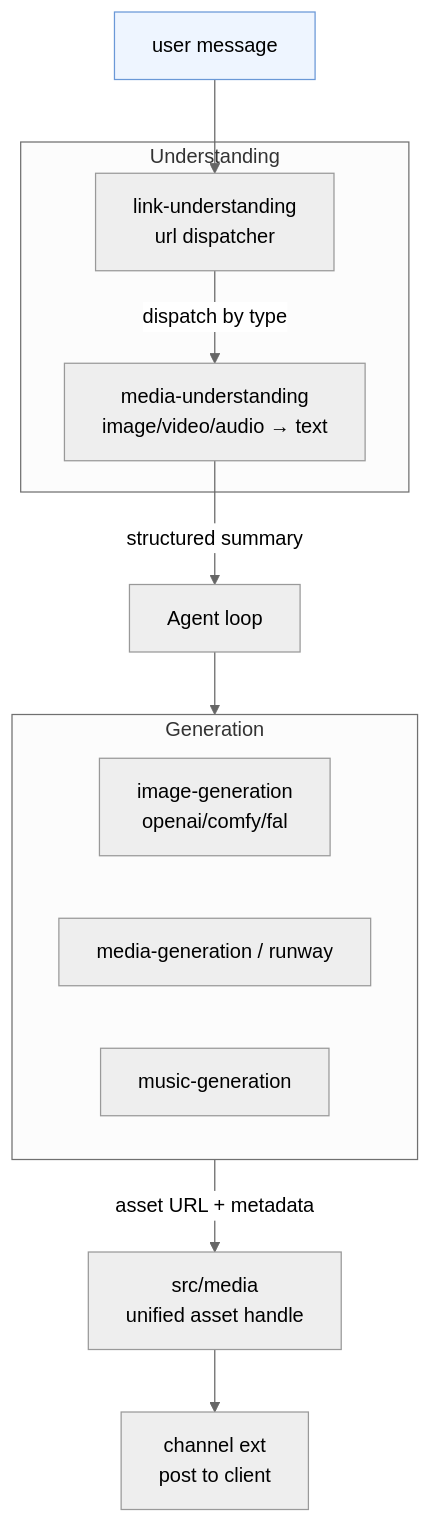
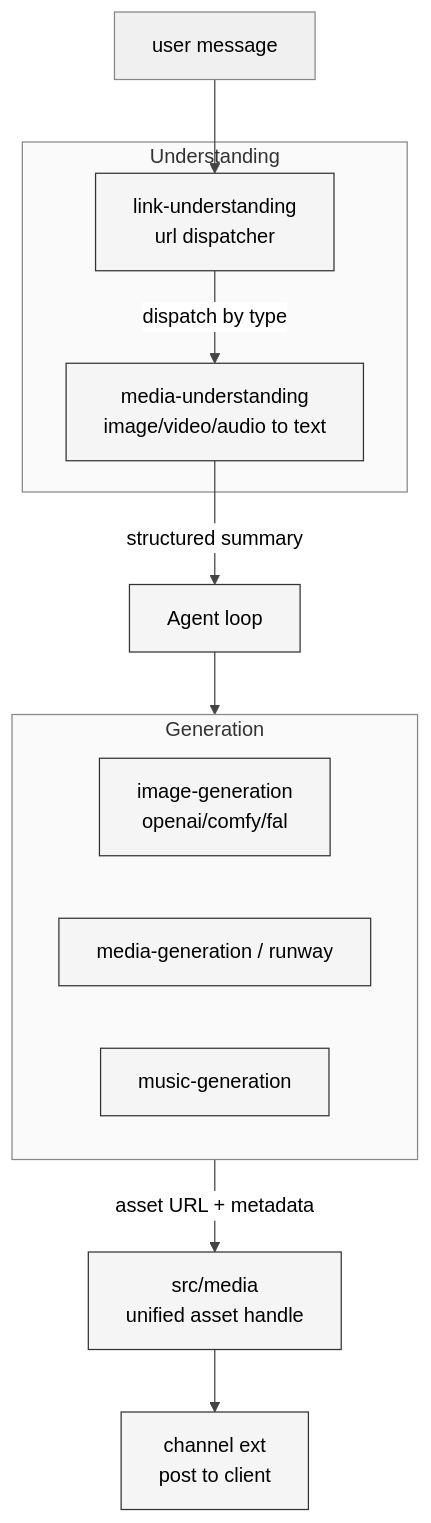
The diagram in Part II Source Execution/12-media-generation-understanding.md (xiaonancs/openclaw-study), drawn with Mermaid before and after one commit. The commit also changed 25 other files, not shown here.

First line of the commit message:
修事实错误 + 补齐 mermaid-academic 规范

````diff
--- a/Part II Source Execution/12-media-generation-understanding.md
+++ b/Part II Source Execution/12-media-generation-understanding.md
@@ -27,20 +27,20 @@
 ```mermaid
-%%{init: {'theme':'neutral'}}%%
+%%{init: {'theme': 'neutral', 'themeVariables': {'background': '#ffffff', 'primaryColor': '#f5f5f5', 'primaryTextColor': '#000000', 'primaryBorderColor': '#333333', 'lineColor': '#444444', 'textColor': '#000000', 'mainBkg': '#f5f5f5', 'nodeBorder': '#333333', 'clusterBkg': '#fafafa', 'clusterBorder': '#888888', 'edgeLabelBackground': '#ffffff', 'actorBkg': '#f5f5f5', 'actorBorder': '#333333', 'actorTextColor': '#000000', 'actorLineColor': '#444444', 'signalColor': '#444444', 'signalTextColor': '#000000', 'noteBkgColor': '#f0f0f0', 'noteTextColor': '#000000', 'noteBorderColor': '#888888'}}}%%
 flowchart TB
     subgraph Gen[Generation]
         ImgGen[image-generation<br/>openai/comfy/fal]
         VidGen[media-generation / runway]
         MusicGen[music-generation]
     end
     subgraph Und[Understanding]
         LinkU[link-understanding<br/>url dispatcher]
-        MediaU[media-understanding<br/>image/video/audio → text]
+        MediaU[media-understanding<br/>image/video/audio to text]
     end
     Agent[Agent loop] --> Gen
     Gen -->|asset URL + metadata| Media[src/media<br/>unified asset handle]
     Media --> Channel[channel ext<br/>post to client]
     User[user message]:::u --> LinkU
     LinkU -->|dispatch by type| MediaU
     MediaU -->|structured summary| Agent
-    classDef u fill:#eef5ff,stroke:#6a98d7;
+    classDef u fill:#f0f0f0,stroke:#888888,color:#000000;
 ```
````
